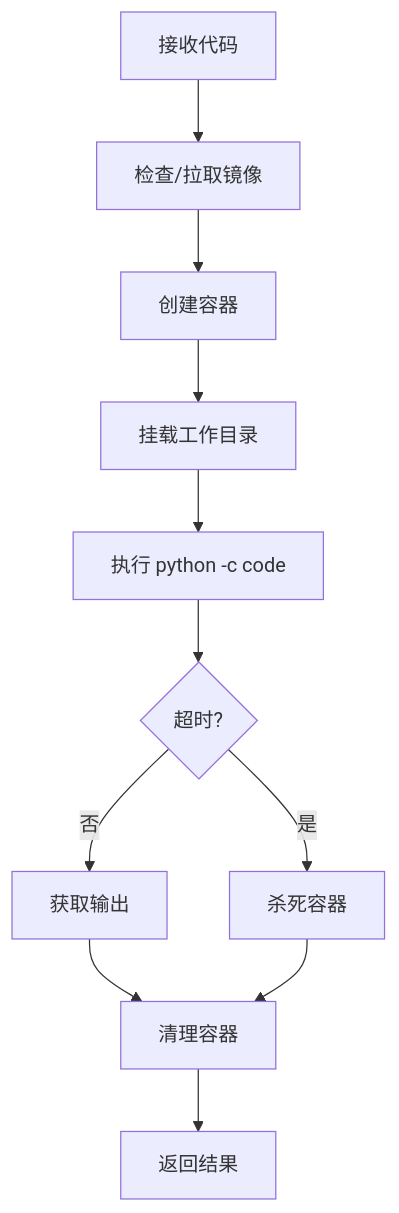
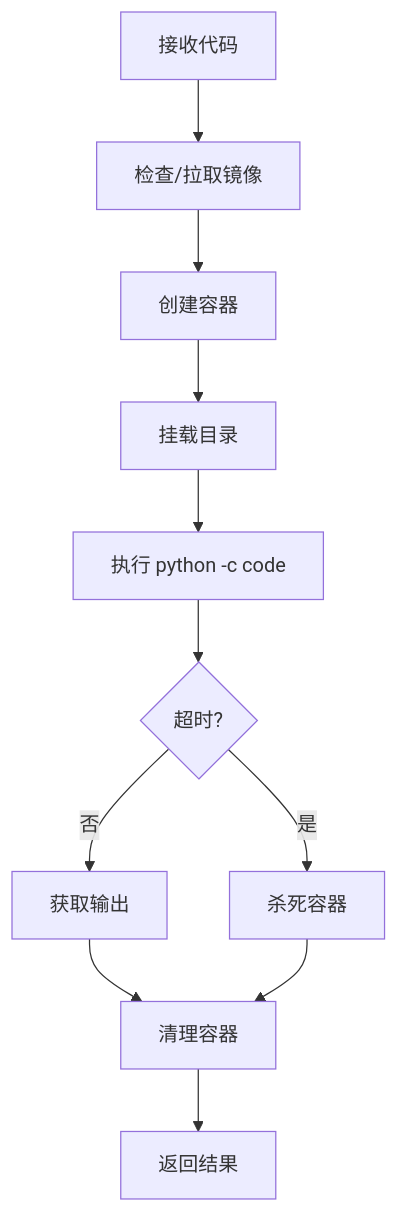
The sixth of 7 diagrams in app/services/interpreter/docs/interpreter_workflow.md (Org-GAgent/result-interpreter), drawn with Mermaid before and after one commit. The commit also changed other lines of this file and 9 other files, not shown here.

````diff
--- a/app/services/interpreter/docs/interpreter_workflow.md
+++ b/app/services/interpreter/docs/interpreter_workflow.md
@@ -211,13 +283,13 @@
 ```mermaid
 flowchart TD
     A[接收代码] --> B[检查/拉取镜像]
     B --> C[创建容器]
-    C --> D[挂载工作目录]
+    C --> D[挂载目录]
     D --> E[执行 python -c code]
     E --> F{超时?}
     F -->|是| G[杀死容器]
     F -->|否| H[获取输出]
     H --> I[清理容器]
     G --> I
     I --> J[返回结果]
 ```
````
